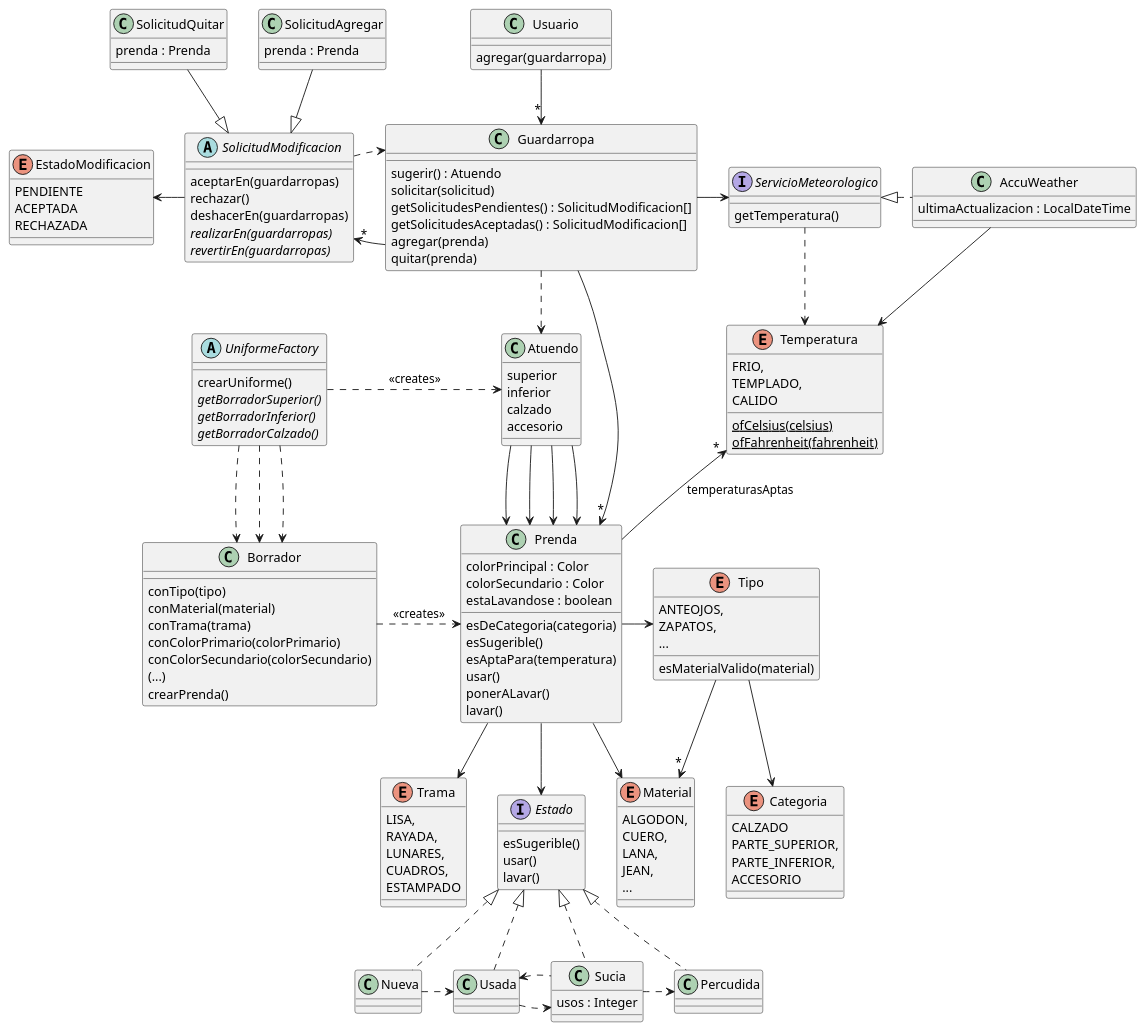
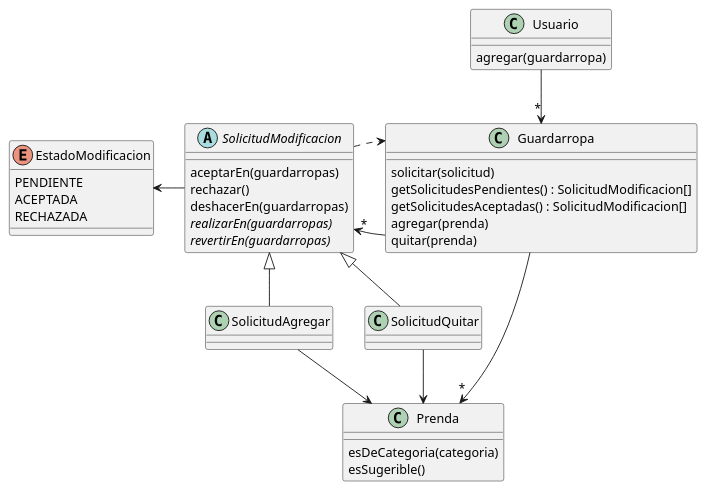
The diagram in docs/diagramas/iteracion-5.puml (RaniAgus/dds-2022), drawn with PlantUML before and after one commit. The commit also changed 2 other files, not shown here.

Commit message:
achico los diagramas de cada iteración

```diff
--- a/docs/diagramas/iteracion-5.puml
+++ b/docs/diagramas/iteracion-5.puml
@@ -1,180 +1,56 @@
 @startuml iteracion-5
 
 class Usuario {
     agregar(guardarropa)
 }
 
 Usuario --> "*" Guardarropa
 
 class Guardarropa {
-  sugerir() : Atuendo
   solicitar(solicitud)
   getSolicitudesPendientes() : SolicitudModificacion[]
   getSolicitudesAceptadas() : SolicitudModificacion[]
   agregar(prenda)
   quitar(prenda)
 }
 
-Guardarropa ..> Atuendo
 Guardarropa -right-> "*" Prenda
-Guardarropa -right-> ServicioMeteorologico
 Guardarropa -left-> "*" SolicitudModificacion
 
 abstract class SolicitudModificacion {
     aceptarEn(guardarropas)
     rechazar()
     deshacerEn(guardarropas)
     {abstract} realizarEn(guardarropas)
     {abstract} revertirEn(guardarropas)
 }
 
 SolicitudModificacion ..> Guardarropa
 SolicitudModificacion -left-> EstadoModificacion
 
 enum EstadoModificacion {
     PENDIENTE
     ACEPTADA
     RECHAZADA
 }
 
-SolicitudModificacion <|-up- SolicitudAgregar
-SolicitudModificacion <|-up- SolicitudQuitar
+SolicitudModificacion <|-- SolicitudAgregar
+SolicitudModificacion <|-- SolicitudQuitar
 
 class SolicitudAgregar {
-    prenda : Prenda
 }
 
+SolicitudAgregar --> Prenda
+
 class SolicitudQuitar {
-    prenda : Prenda
 }
 
-interface ServicioMeteorologico {
-    getTemperatura()
+SolicitudQuitar --> Prenda
+
+class Prenda {
+ esDeCategoria(categoria)
+ esSugerible()
 }
 
-ServicioMeteorologico ..> Temperatura
-
-ServicioMeteorologico <|.right. AccuWeather
-
-class AccuWeather {
-    ultimaActualizacion : LocalDateTime
-}
-
-AccuWeather --> Temperatura
-
-enum Temperatura {
-    FRIO,
-    TEMPLADO,
-    CALIDO
-    {static} ofCelsius(celsius)
-    {static} ofFahrenheit(fahrenheit)
-}
-
-abstract UniformeFactory {
-  crearUniforme()
-  {abstract} getBorradorSuperior()
-  {abstract} getBorradorInferior()
-  {abstract} getBorradorCalzado()
-}
-
-UniformeFactory .right.> Atuendo : <<creates>>
-UniformeFactory ..> Borrador
-UniformeFactory ..> Borrador
-UniformeFactory ..> Borrador
-
-class Atuendo {
-   superior
-   inferior
-   calzado
-   accesorio
-}
-
-Atuendo --> Prenda
-Atuendo --> Prenda
-Atuendo --> Prenda
-Atuendo --> Prenda
-
-class Borrador {
-  conTipo(tipo)
-  conMaterial(material)
-  conTrama(trama)
-  conColorPrimario(colorPrimario)
-  conColorSecundario(colorSecundario)
-  (...)
-  crearPrenda()
-}
-
-Borrador .right.> Prenda : <<creates>>
-
-class Prenda {
- colorPrincipal : Color
- colorSecundario : Color
- estaLavandose : boolean
- esDeCategoria(categoria)
- esSugerible()
- esAptaPara(temperatura)
- usar()
- ponerALavar()
- lavar()
-}
-
-Prenda -up-> "*" Temperatura : "temperaturasAptas"
-Prenda -right-> Tipo
-Prenda --> Material
-Prenda --> Trama
-Prenda --> Estado
-
-enum Material {
-  ALGODON,
-  CUERO,
-  LANA,
-  JEAN,
-  ...
-}
-
-enum Trama {
-  LISA,
-  RAYADA,
-  LUNARES,
-  CUADROS,
-  ESTAMPADO
-}
-
-enum Tipo {
-  ANTEOJOS,
-  ZAPATOS,
-  ...
-  esMaterialValido(material)
-}
-
-Tipo --> "*" Material
-Tipo --> Categoria
-
-enum Categoria {
-  CALZADO
-  PARTE_SUPERIOR,
-  PARTE_INFERIOR,
-  ACCESORIO
-}
-
-interface Estado {
- esSugerible()
- usar()
- lavar()
-}
-
-Estado <|.. Nueva
-Estado <|.. Usada
-Estado <|.. Sucia
-Estado <|.. Percudida
-
-Nueva .right.> Usada
-Usada .right.> Sucia
-Sucia .left.> Usada
-Sucia .right.> Percudida
-
-class Sucia {
-  usos : Integer
-}
 
 @enduml
```
